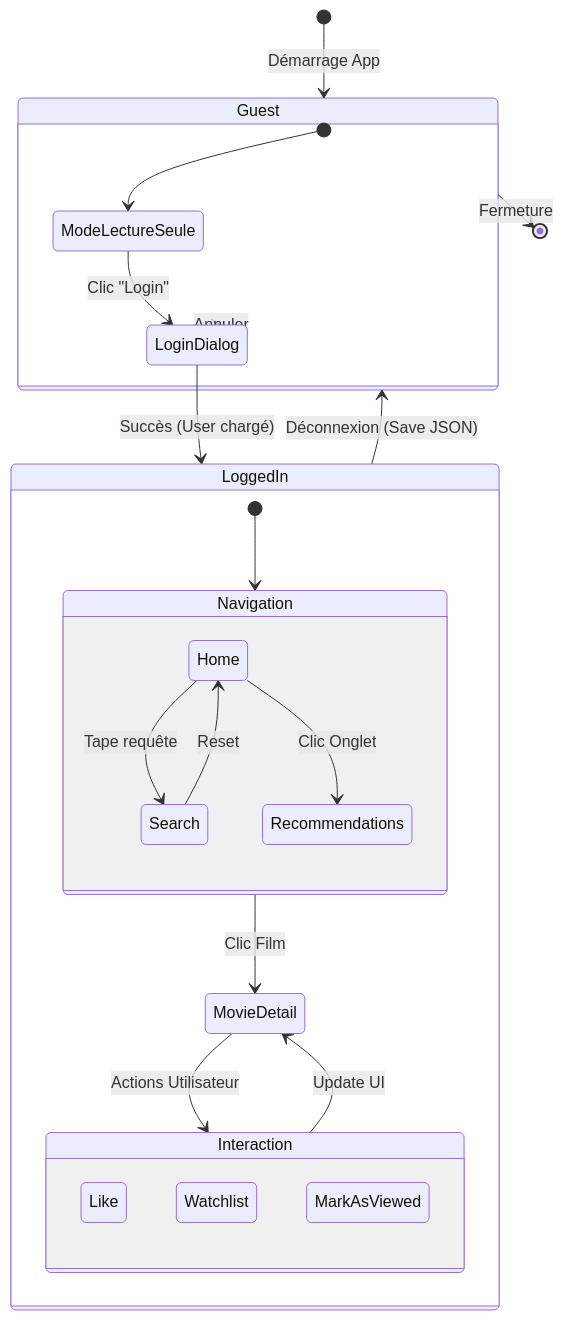
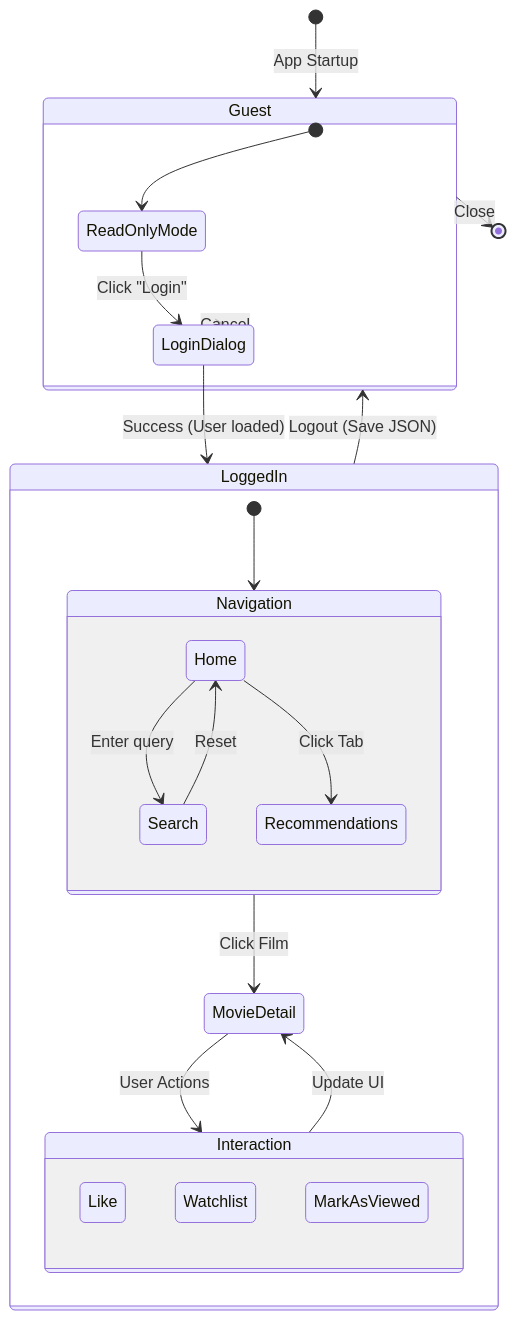
Before and after one commit to Valeyrian/SeoulTech_Python_Finnal-Project: the third of 4 diagrams in README.md, drawn with Mermaid. The commit also changed other lines of this file, not shown here.

````diff
--- a/README.md
+++ b/README.md
@@ -198,32 +198,32 @@
 ```mermaid
 stateDiagram-v2
-    [*] --> Guest : Démarrage App
+    [*] --> Guest : App Startup
     
     state Guest {
-        [*] --> ModeLectureSeule
-        ModeLectureSeule --> LoginDialog : Clic "Login"
+        [*] --> ReadOnlyMode
+        ReadOnlyMode --> LoginDialog : Click "Login"
     }
     state LoggedIn {
         [*] --> Navigation
         
         state Navigation {
-            Home --> Search : Tape requête
+            Home --> Search : Enter query
             Search --> Home : Reset
-            Home --> Recommendations : Clic Onglet
+            Home --> Recommendations : Click Tab
         }
         
         state Interaction {
             Like
             Watchlist
             MarkAsViewed
         }
         
-        Navigation --> MovieDetail : Clic Film
-        MovieDetail --> Interaction : Actions Utilisateur
+        Navigation --> MovieDetail : Click Film
+        MovieDetail --> Interaction : User Actions
         Interaction --> MovieDetail : Update UI
     }
-    LoginDialog --> LoggedIn : Succès (User chargé)
-    LoginDialog --> Guest : Annuler
-    LoggedIn --> Guest : Déconnexion (Save JSON)
-    Guest --> [*] : Fermeture
+    LoginDialog --> LoggedIn : Success (User loaded)
+    LoginDialog --> Guest : Cancel
+    LoggedIn --> Guest : Logout (Save JSON)
+    Guest --> [*] : Close
 ```
````
